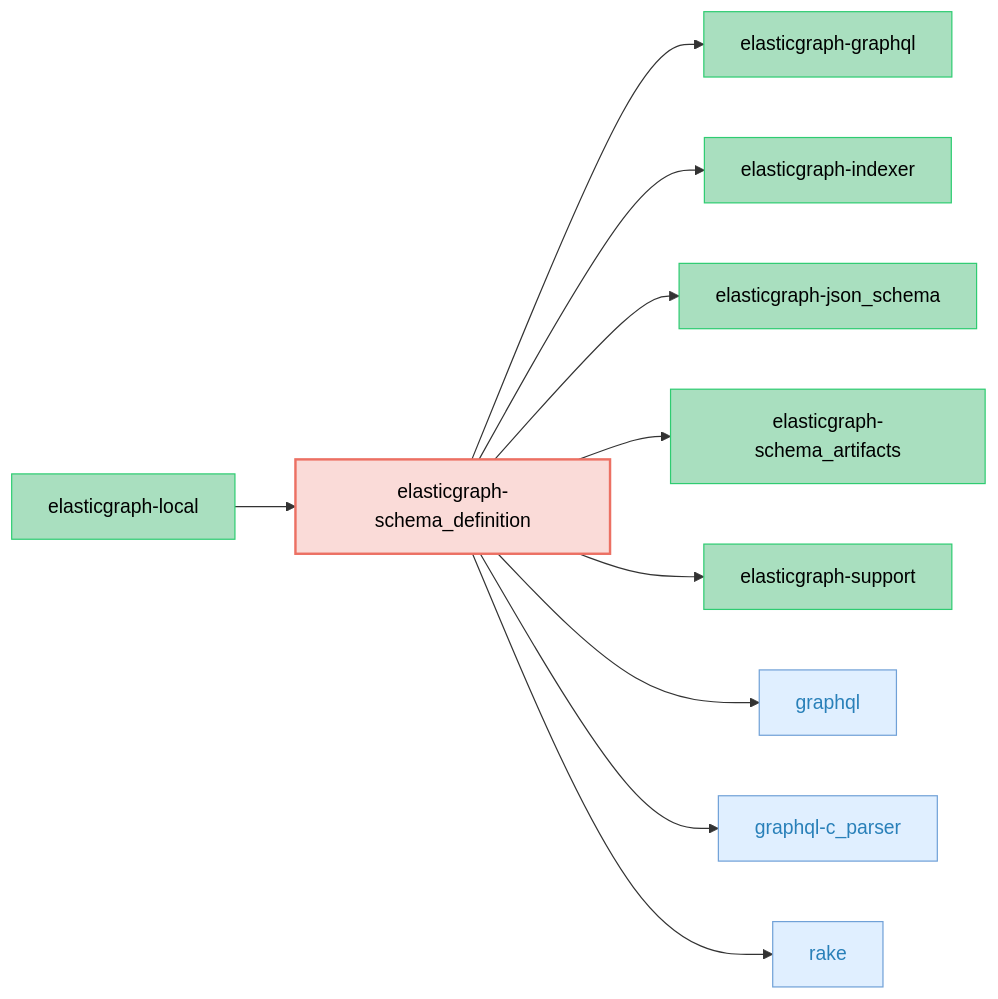
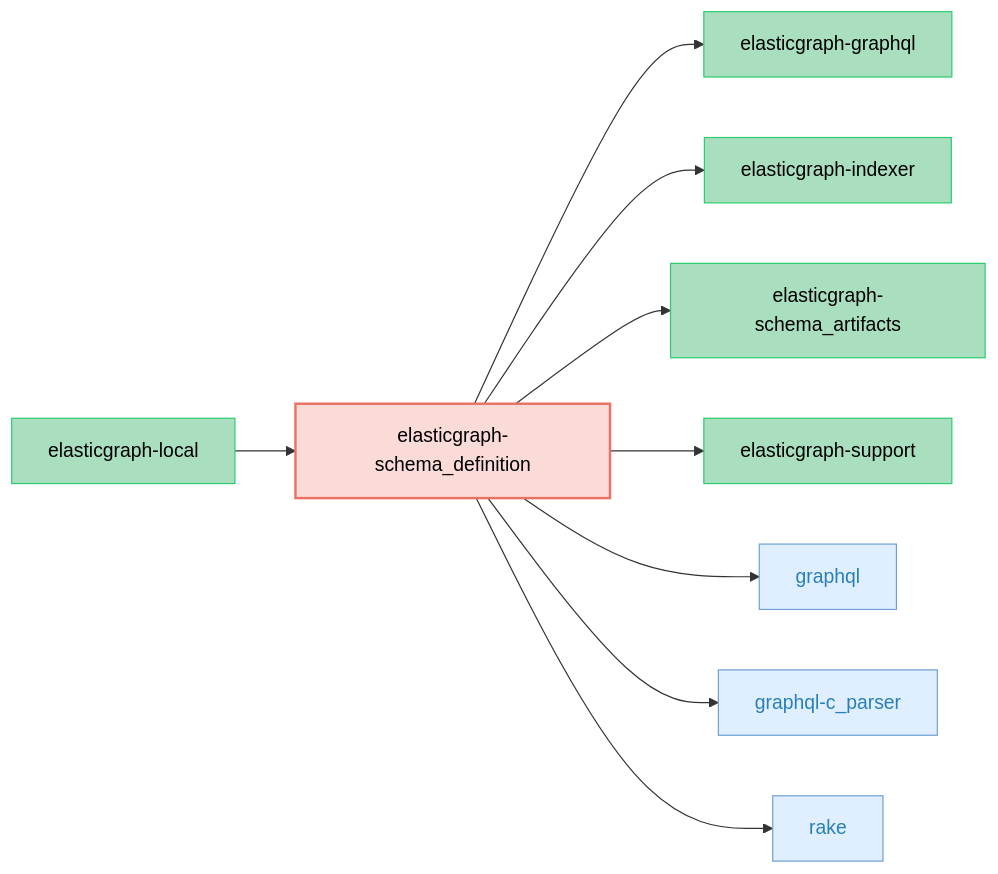
One commit to ciaran51/elasticgraph changed the diagram in elasticgraph-schema_definition/README.md. Above: the diagram before and after it, drawn with Mermaid. The commit also changed 43 other files, not shown here.

First line of the commit message:
Merge `elasticgraph-json_schema` into `elasticgraph-support`.

````diff
--- a/elasticgraph-schema_definition/README.md
+++ b/elasticgraph-schema_definition/README.md
@@ -11,38 +11,35 @@
 ```mermaid
 graph LR;
     classDef targetGemStyle fill:#FADBD8,stroke:#EC7063,color:#000,stroke-width:2px;
     classDef otherEgGemStyle fill:#A9DFBF,stroke:#2ECC71,color:#000;
     classDef externalGemStyle fill:#E0EFFF,stroke:#70A1D7,color:#2980B9;
     elasticgraph-schema_definition["elasticgraph-schema_definition"];
     class elasticgraph-schema_definition targetGemStyle;
     elasticgraph-graphql["elasticgraph-graphql"];
     elasticgraph-schema_definition --> elasticgraph-graphql;
     class elasticgraph-graphql otherEgGemStyle;
     elasticgraph-indexer["elasticgraph-indexer"];
     elasticgraph-schema_definition --> elasticgraph-indexer;
     class elasticgraph-indexer otherEgGemStyle;
-    elasticgraph-json_schema["elasticgraph-json_schema"];
-    elasticgraph-schema_definition --> elasticgraph-json_schema;
-    class elasticgraph-json_schema otherEgGemStyle;
     elasticgraph-schema_artifacts["elasticgraph-schema_artifacts"];
     elasticgraph-schema_definition --> elasticgraph-schema_artifacts;
     class elasticgraph-schema_artifacts otherEgGemStyle;
     elasticgraph-support["elasticgraph-support"];
     elasticgraph-schema_definition --> elasticgraph-support;
     class elasticgraph-support otherEgGemStyle;
     graphql["graphql"];
     elasticgraph-schema_definition --> graphql;
     class graphql externalGemStyle;
     graphql-c_parser["graphql-c_parser"];
     elasticgraph-schema_definition --> graphql-c_parser;
     class graphql-c_parser externalGemStyle;
     rake["rake"];
     elasticgraph-schema_definition --> rake;
     class rake externalGemStyle;
     elasticgraph-local["elasticgraph-local"];
     elasticgraph-local --> elasticgraph-schema_definition;
     class elasticgraph-local otherEgGemStyle;
     click graphql href "https://rubygems.org/gems/graphql" "Open on RubyGems.org" _blank;
     click graphql-c_parser href "https://rubygems.org/gems/graphql-c_parser" "Open on RubyGems.org" _blank;
     click rake href "https://rubygems.org/gems/rake" "Open on RubyGems.org" _blank;
 ```
````
